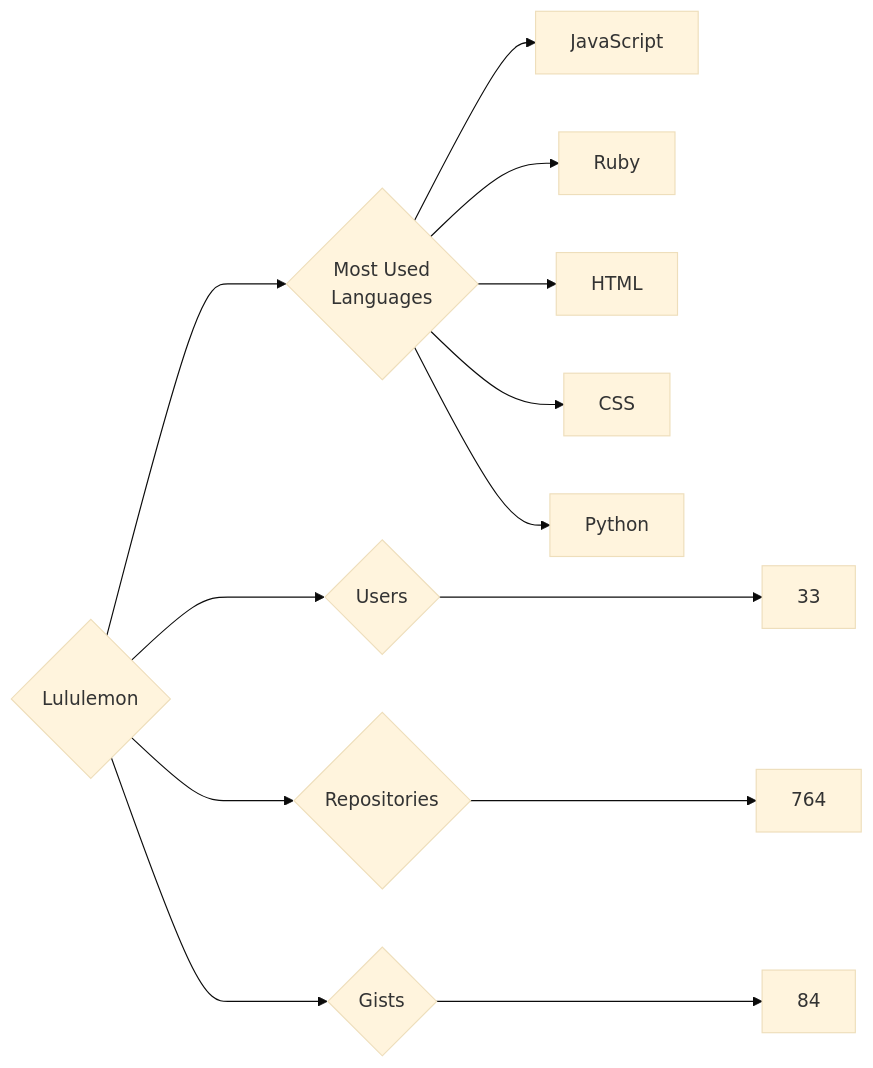
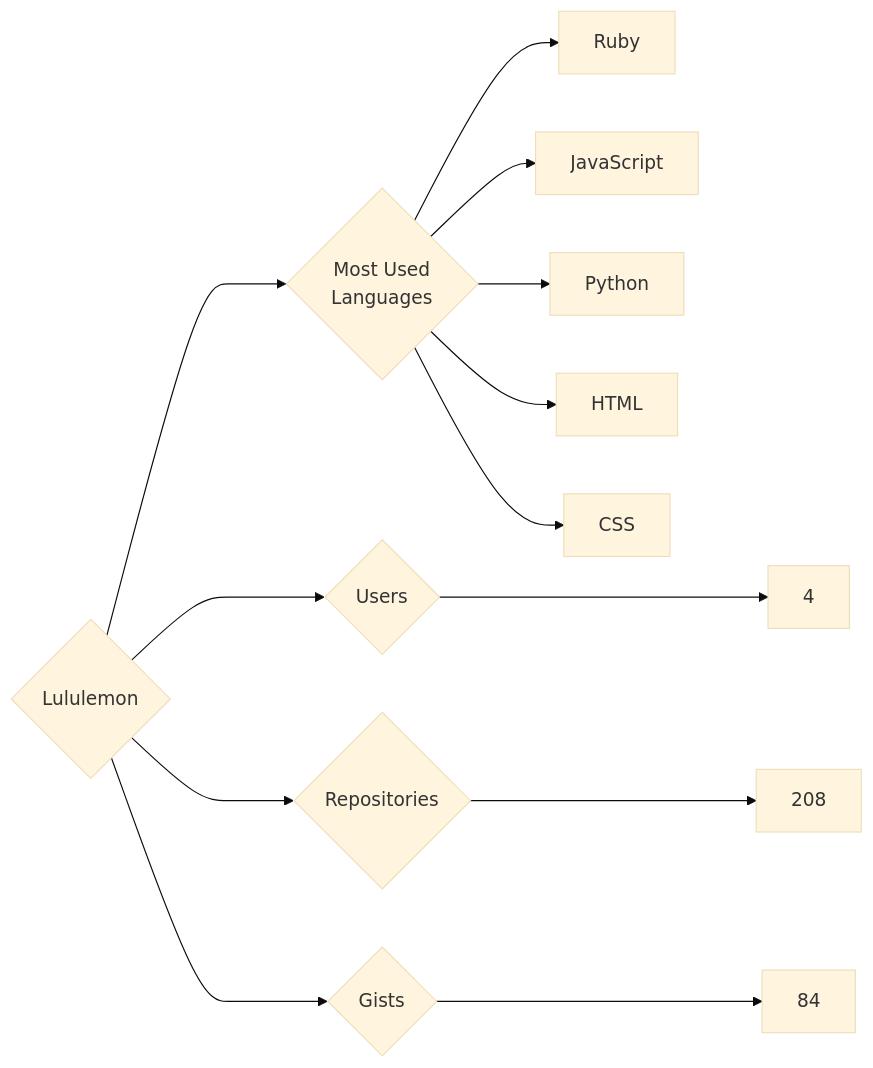
Before and after one commit to trickest/insiders: the diagram in targets/Lululemon/README.md, drawn with Mermaid (base theme). The commit also changed 723 other files, not shown here.

````diff
--- a/targets/Lululemon/README.md
+++ b/targets/Lululemon/README.md
@@ -3,13 +3,13 @@
 ```mermaid
 graph LR
 COMPANY_NAME{Lululemon}
-COMPANY_NAME ---> U{Users} ---> UN[33]
-COMPANY_NAME ---> R{Repositories} ---> RN[764]
+COMPANY_NAME ---> U{Users} ---> UN[4]
+COMPANY_NAME ---> R{Repositories} ---> RN[208]
 COMPANY_NAME ---> G{Gists} ---> GN[84]
 COMPANY_NAME ---> ML{Most Used<br>Languages}
+ML --> Ruby[Ruby]
 ML --> JavaScript[JavaScript]
-ML --> Ruby[Ruby]
+ML --> Python[Python]
 ML --> HTML[HTML]
 ML --> CSS[CSS]
-ML --> Python[Python]
 ```
````
